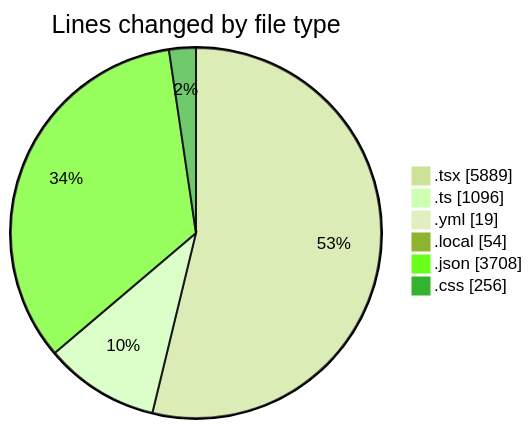
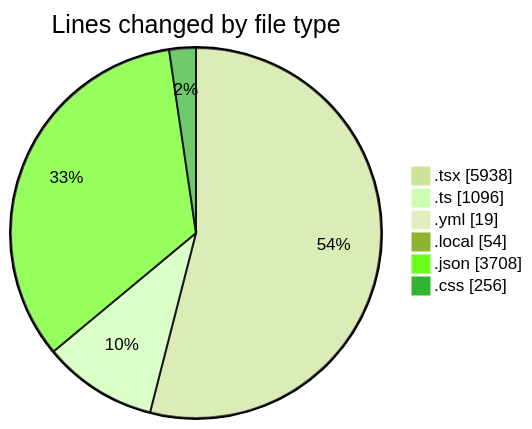
The first of 2 diagrams in 2025-11-18/eventscop-frontend-guide__workspace_/README.md (julien-gomy/code-tracking), drawn with Mermaid (forest theme) before and after one commit. The commit also changed other lines of this file and 1 other file, not shown here.

````diff
--- a/2025-11-18/eventscop-frontend-guide__workspace_/README.md
+++ b/2025-11-18/eventscop-frontend-guide__workspace_/README.md
@@ -77,10 +78,10 @@
 ```mermaid
 pie showData
 title Lines changed by file type
-".tsx" : 5889
+".tsx" : 5938
 ".ts" : 1096
 ".yml" : 19
 ".local" : 54
 ".json" : 3708
 ".css" : 256
 ```
````
